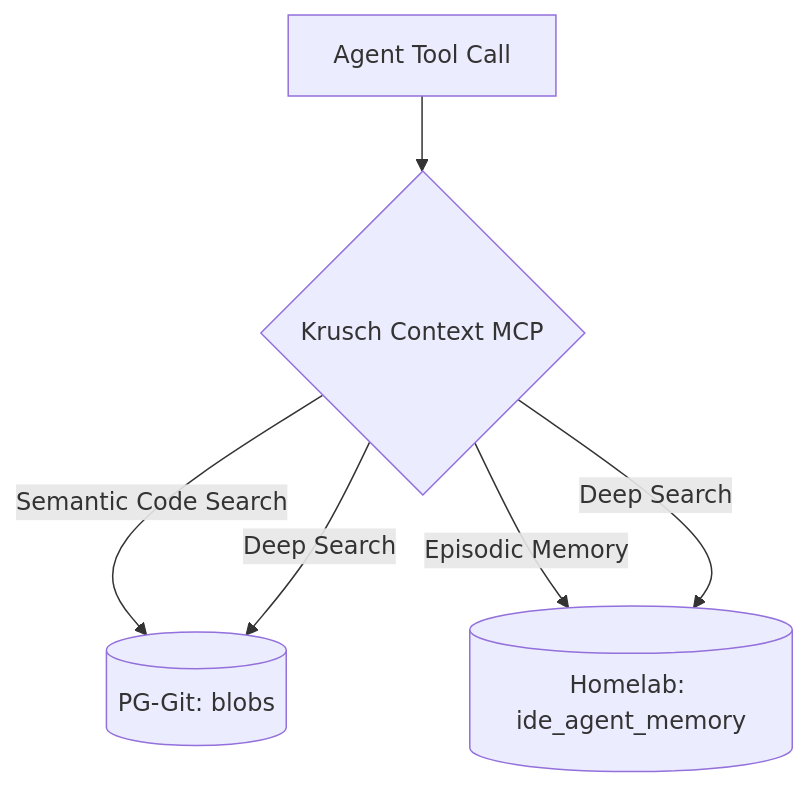
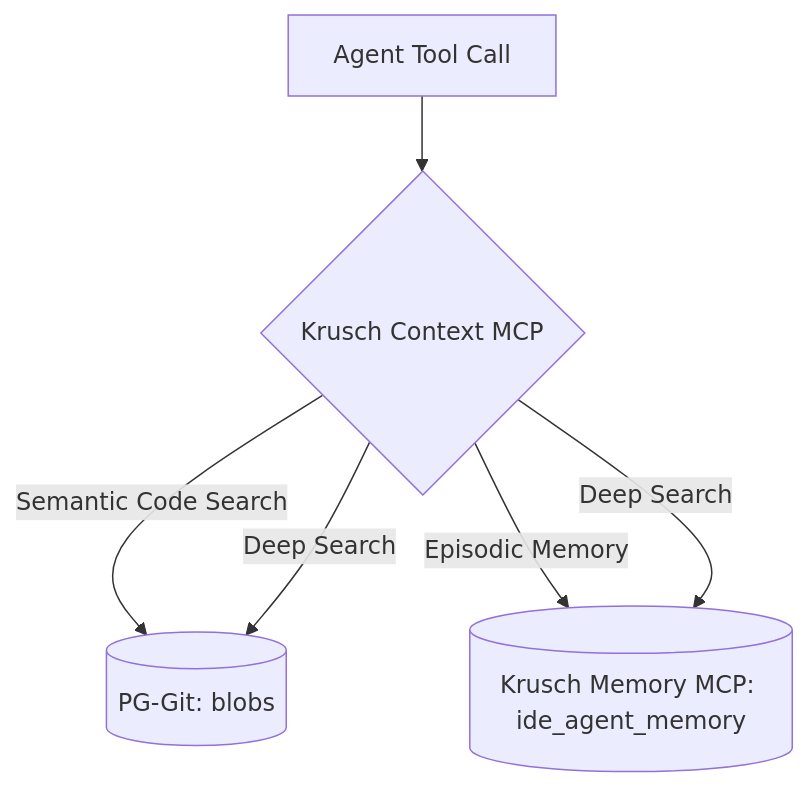
One commit to kruschdev/krusch-context-mcp changed the diagram in README.md. Above: the diagram before and after it, drawn with Mermaid. The commit also changed other lines of this file, not shown here.

Commit message:
docs(krusch-context-mcp): replace homelab memory references with krusch memory mcp

````diff
--- a/README.md
+++ b/README.md
@@ -33,8 +33,8 @@
 ```mermaid
 graph TD;
     A[Agent Tool Call] --> B{Krusch Context MCP};
     B -- Semantic Code Search --> C[(PG-Git: blobs)];
-    B -- Episodic Memory --> D[(Homelab: ide_agent_memory)];
+    B -- Episodic Memory --> D[(Krusch Memory MCP: ide_agent_memory)];
     B -- Deep Search --> C;
     B -- Deep Search --> D;
 ```
````
